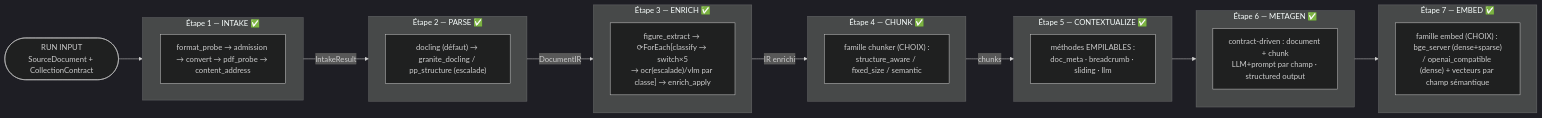
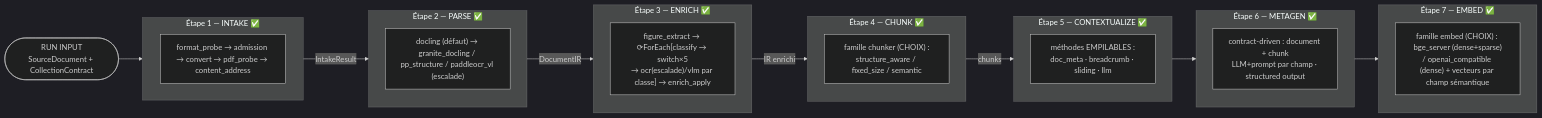
Before and after one commit to Florian-BARRE/DocForge: the first of 4 diagrams in src/docforge/PIPELINE.md, drawn with Mermaid (dark theme). The commit also changed other lines of this file and 21 other files, not shown here.

````diff
--- a/src/docforge/PIPELINE.md
+++ b/src/docforge/PIPELINE.md
@@ -10,35 +10,35 @@
 ```mermaid
 flowchart LR
     RUN(["RUN INPUT<br/>SourceDocument + CollectionContract"])
 
     subgraph S1["Étape 1 — INTAKE ✅"]
         direction LR
         s1["format_probe → admission → convert → pdf_probe → content_address"]
     end
 
     subgraph S2["Étape 2 — PARSE ✅"]
-        s2["docling (défaut) → granite_docling / pp_structure (escalade)"]
+        s2["docling (défaut) → granite_docling / pp_structure / paddleocr_vl (escalade)"]
     end
 
     subgraph S3["Étape 3 — ENRICH ✅"]
         s3["figure_extract → ⟳ForEach[classify → switch×5<br/>→ ocr(escalade)/vlm par classe] → enrich_apply"]
     end
 
     subgraph S4["Étape 4 — CHUNK ✅"]
         s4["famille chunker (CHOIX) :<br/>structure_aware / fixed_size / semantic"]
     end
 
     subgraph S5["Étape 5 — CONTEXTUALIZE ✅"]
         s5["méthodes EMPILABLES :<br/>doc_meta · breadcrumb · sliding · llm"]
     end
 
     subgraph S6["Étape 6 — METAGEN ✅"]
         s6["contract-driven : document + chunk<br/>LLM+prompt par champ · structured output"]
     end
 
     subgraph S7["Étape 7 — EMBED ✅"]
         s7["famille embed (CHOIX) : bge_server (dense+sparse)<br/>/ openai_compatible (dense) + vecteurs par champ sémantique"]
     end
 
     RUN --> S1 -->|"IntakeResult"| S2 -->|"DocumentIR"| S3 -->|"IR enrichi"| S4 -->|"chunks"| S5 --> S6 --> S7
 ```
````
